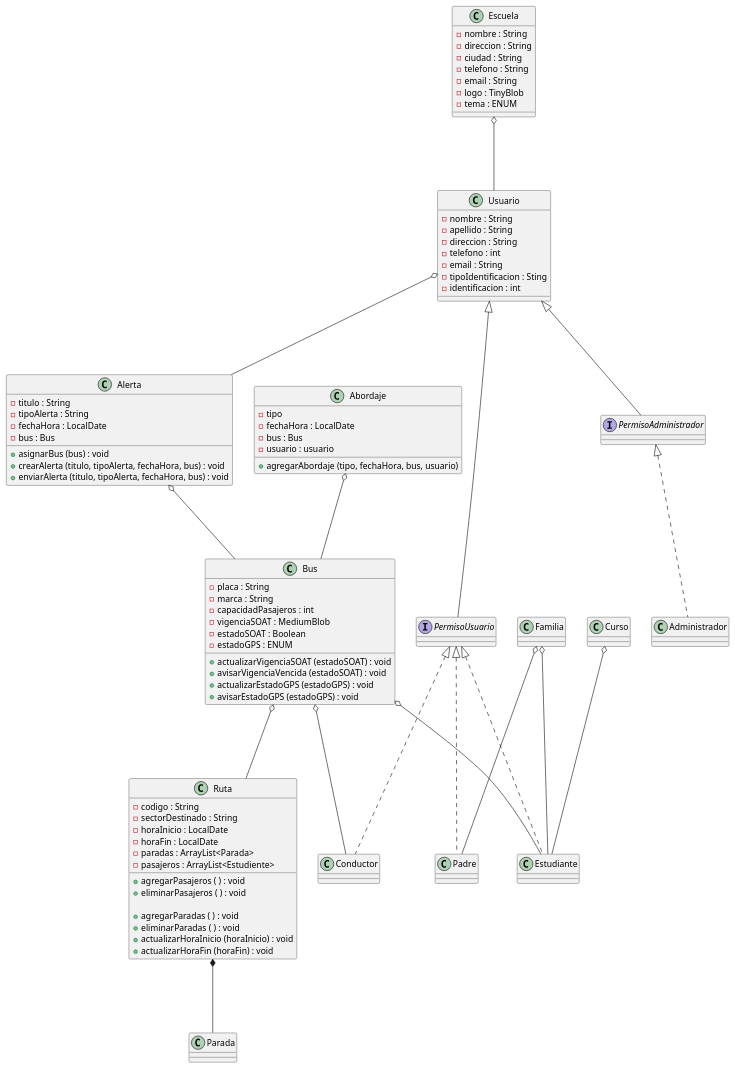
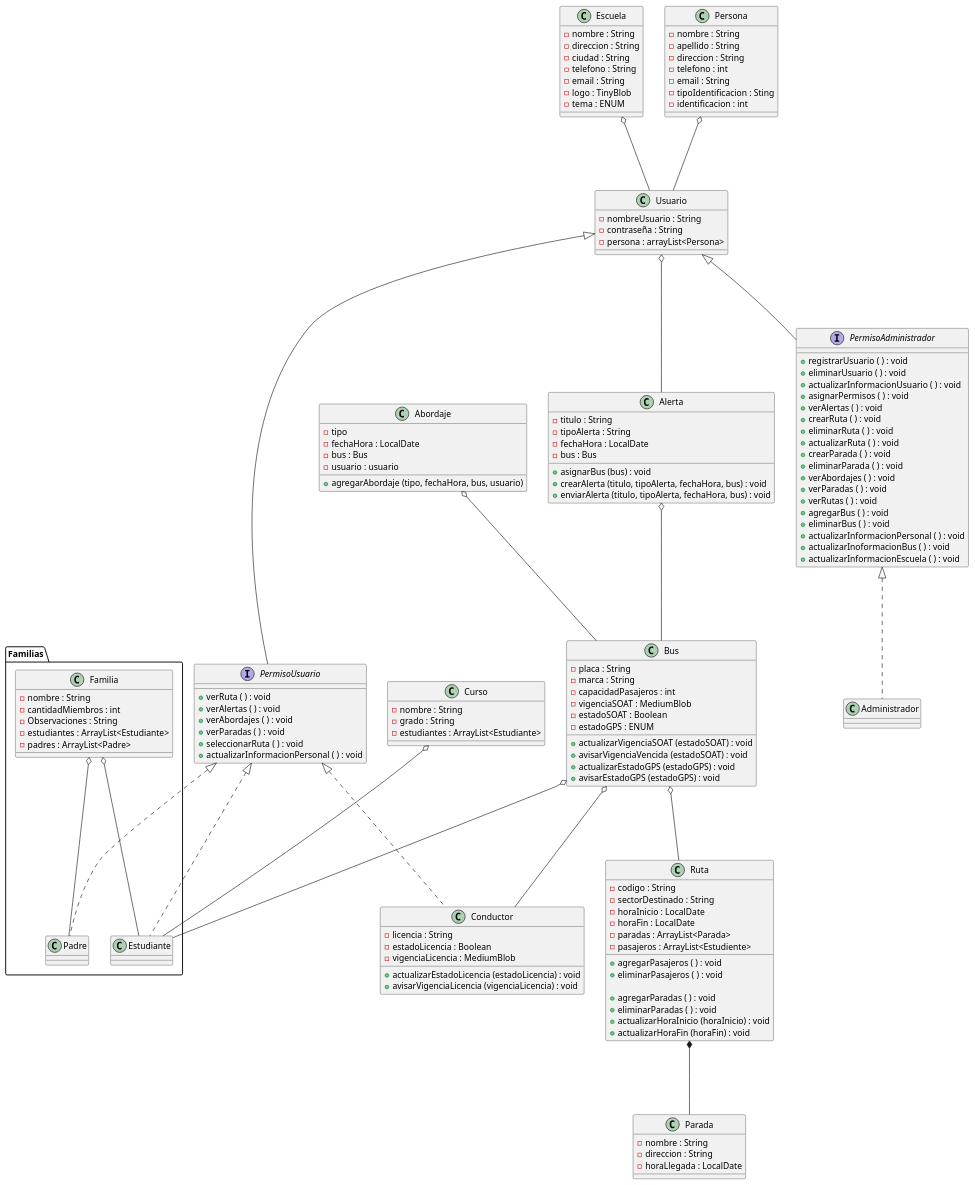
The diagram in Documentacion/Diagramas/DiagramaDeClases.puml (Smithzz24/GuardianEscolar), drawn with PlantUML before and after one commit.

Commit message:
D.Clases v.1 beta

```diff
--- a/Documentacion/Diagramas/DiagramaDeClases.puml
+++ b/Documentacion/Diagramas/DiagramaDeClases.puml
@@ -1,133 +1,177 @@
 @startuml GuardianEscolar
-class Alerta {
+'Clase a observar'
+class Alerta { 
     - titulo : String
     - tipoAlerta : String
     - fechaHora : LocalDate
     - bus : Bus
     
     +asignarBus (bus) : void
     +crearAlerta (titulo, tipoAlerta, fechaHora, bus) : void
     +enviarAlerta (titulo, tipoAlerta, fechaHora, bus) : void
 }
 class Bus {
     - placa : String
     - marca : String
     - capacidadPasajeros : int
     - vigenciaSOAT : MediumBlob
     - estadoSOAT : Boolean
     - estadoGPS : ENUM
     
     
     +actualizarVigenciaSOAT (estadoSOAT) : void
     +avisarVigenciaVencida (estadoSOAT) : void
     +actualizarEstadoGPS (estadoGPS) : void
     +avisarEstadoGPS (estadoGPS) : void
 
 }
+
 class Escuela {
     - nombre : String
     - direccion : String
     - ciudad : String
     - telefono : String
     - email : String
     - logo : TinyBlob
     - tema : ENUM
     
 }
 class Ruta {
     - codigo : String
     - sectorDestinado : String
     - horaInicio : LocalDate
     - horaFin : LocalDate
     - paradas : ArrayList<Parada>
     - pasajeros : ArrayList<Estudiente>
     
     +agregarPasajeros ( ) : void
     +eliminarPasajeros ( ) : void
     
     +agregarParadas ( ) : void
     +eliminarParadas ( ) : void
     +actualizarHoraInicio (horaInicio) : void
     +actualizarHoraFin (horaFin) : void
 
 }
 class Abordaje {
     -tipo
     -fechaHora : LocalDate
     - bus : Bus
     - usuario : usuario
     
     +agregarAbordaje (tipo, fechaHora, bus, usuario)
 }
 class Usuario {
+    - nombreUsuario : String
+    - contraseña : String
+    - persona : arrayList<Persona>
+}
+class Persona {
     - nombre : String
     - apellido : String
     - direccion : String
     - telefono : int
     - email : String
     - tipoIdentificacion : Sting
     - identificacion : int
-
 }
 class Parada {
-
-
-}
-class Familia {
-
-
+    - nombre : String
+    - direccion : String
+    - horaLlegada : LocalDate
 }
 class Curso {
-
-
+    - nombre : String
+    - grado : String
+    -estudiantes : ArrayList<Estudiante>
 }
 class Conductor {
+    - licencia : String
+    - estadoLicencia : Boolean
+    - vigenciaLicencia : MediumBlob
+    
+    +actualizarEstadoLicencia (estadoLicencia) : void
+    +avisarVigenciaLicencia (vigenciaLicencia) : void
+}
 
-
-}
+package Familias{
 class Padre {
-
-
+    
 }
 class Estudiante {
 
 
 }
+class Familia {
+    - nombre : String
+    - cantidadMiembros : int
+    - Observaciones : String
+    - estudiantes : ArrayList<Estudiante>
+    - padres : ArrayList<Padre>
+}
+
+}
 class Administrador {
-
 
 }
 interface PermisoUsuario {
-
-
+    +verRuta ( ) : void
+    +verAlertas ( ) : void
+    +verAbordajes ( ) : void
+    +verParadas ( ) : void
+    +seleccionarRuta ( ) : void
+    +actualizarInformacionPersonal ( ) : void
 }
 interface PermisoAdministrador {
-
-
+    +registrarUsuario ( ) : void
+    +eliminarUsuario ( ) : void
+    +actualizarInformacionUsuario ( ) : void
+    +asignarPermisos ( ) : void
+    +verAlertas ( ) : void
+    +crearRuta ( ) : void
+    +eliminarRuta ( ) : void
+    +actualizarRuta ( ) : void
+    +crearParada ( ) : void
+    +eliminarParada ( ) : void
+    +verAbordajes ( ) : void
+    +verParadas ( ) : void
+    +verRutas ( ) : void
+    +agregarBus ( ) : void
+    +eliminarBus ( ) : void
+    +actualizarInformacionPersonal ( ) : void
+    +actualizarInoformacionBus ( ) : void
+    +actualizarInformacionEscuela ( ) : void
 }
 
 
 'Relaciones'
 Usuario <|--- PermisoUsuario
 Usuario <|--- PermisoAdministrador
 
 PermisoUsuario <|... Conductor
 PermisoUsuario <|... Padre
 PermisoUsuario <|... Estudiante
 PermisoAdministrador <|... Administrador
 
 
 'Asociaciones'
 Alerta o--- Bus
 Usuario o--- Alerta
+
+Escuela o--- Usuario
+Persona o--- Usuario
+Curso o--- Estudiante
+
 Bus o--- Ruta
 Bus o--- Conductor
 Bus o--- Estudiante
-Escuela o--- Usuario
+
+
 Ruta *--- Parada
 Abordaje o--- Bus
+
 Familia o--- Padre
 Familia o--- Estudiante
-Curso o--- Estudiante
+
 
 @enduml
```
